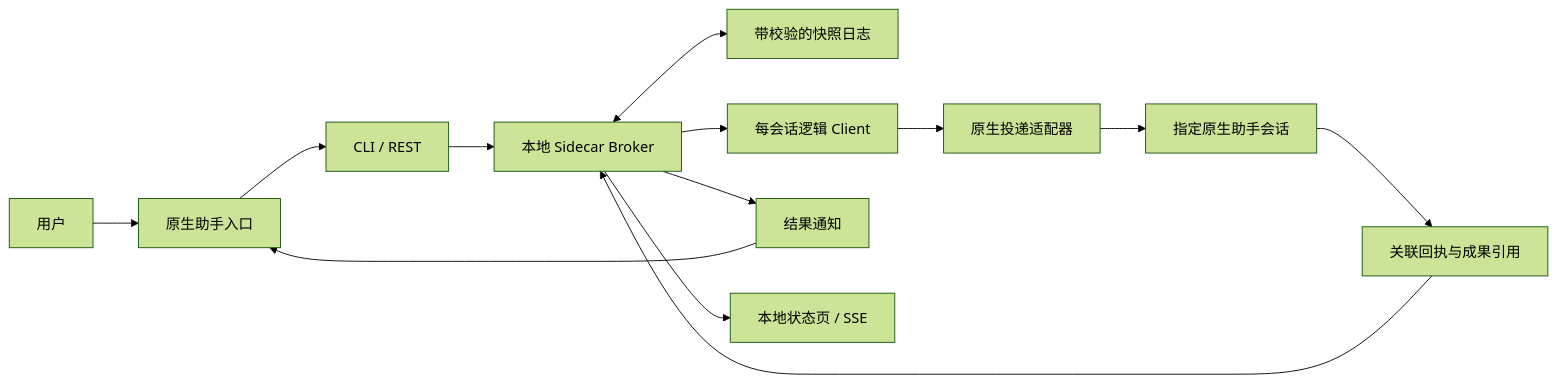
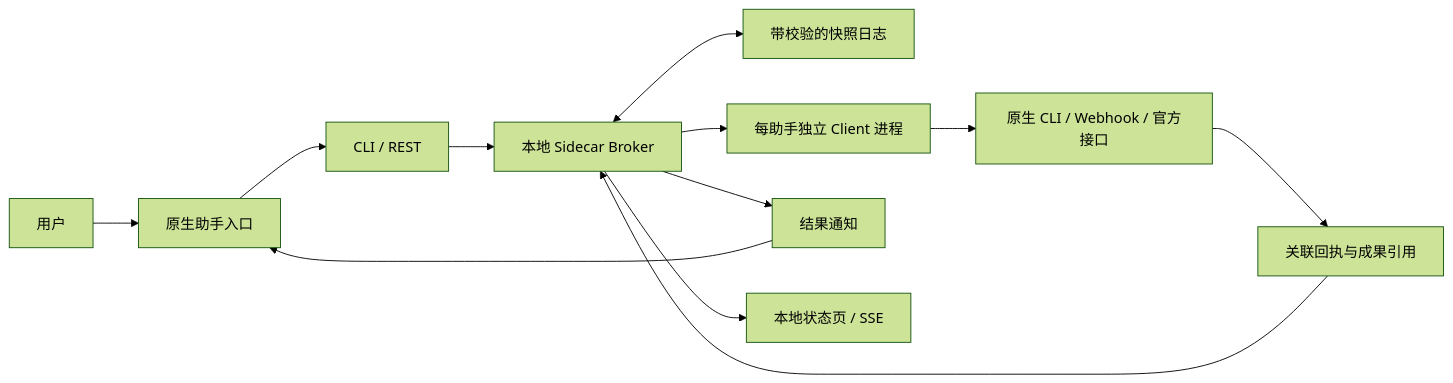
Before and after one commit to OdysseusC/AGI-hub: the diagram in README.md, drawn with Mermaid (forest theme). The commit also changed other lines of this file and 55 other files, not shown here.

````diff
--- a/README.md
+++ b/README.md
@@ -39,15 +42,14 @@
 ```mermaid
 flowchart LR
     User[用户] --> Entry[原生助手入口]
     Entry --> API[CLI / REST]
     API --> Broker[本地 Sidecar Broker]
     Broker <--> Journal[带校验的快照日志]
-    Broker --> Client[每会话逻辑 Client]
-    Client --> Driver[原生投递适配器]
-    Driver --> Native[指定原生助手会话]
+    Broker --> Client[每助手独立 Client 进程]
+    Client --> Native[原生 CLI / Webhook / 官方接口]
     Native --> Report[关联回执与成果引用]
     Report --> Broker
     Broker --> Result[结果通知]
     Result --> Entry
     Broker --> View[本地状态页 / SSE]
 ```
````
